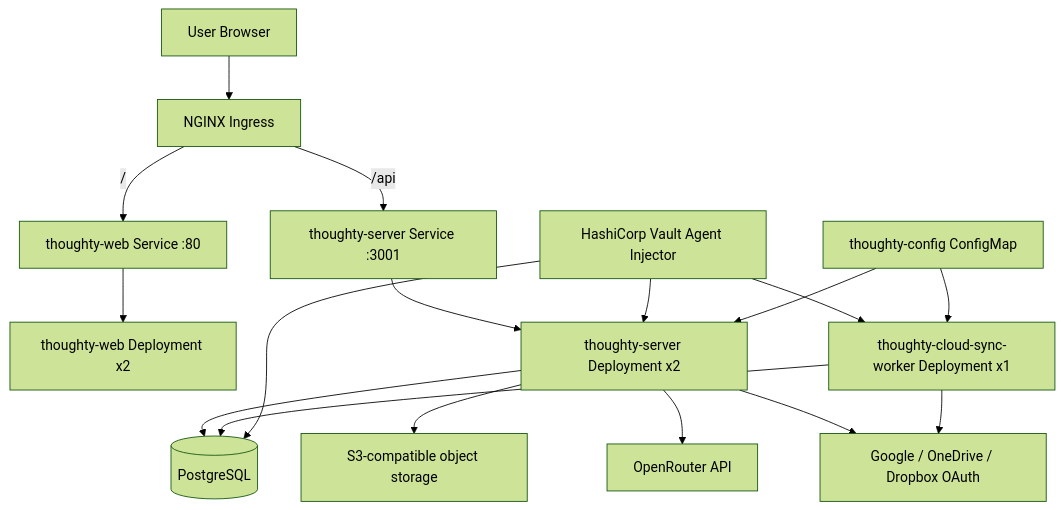
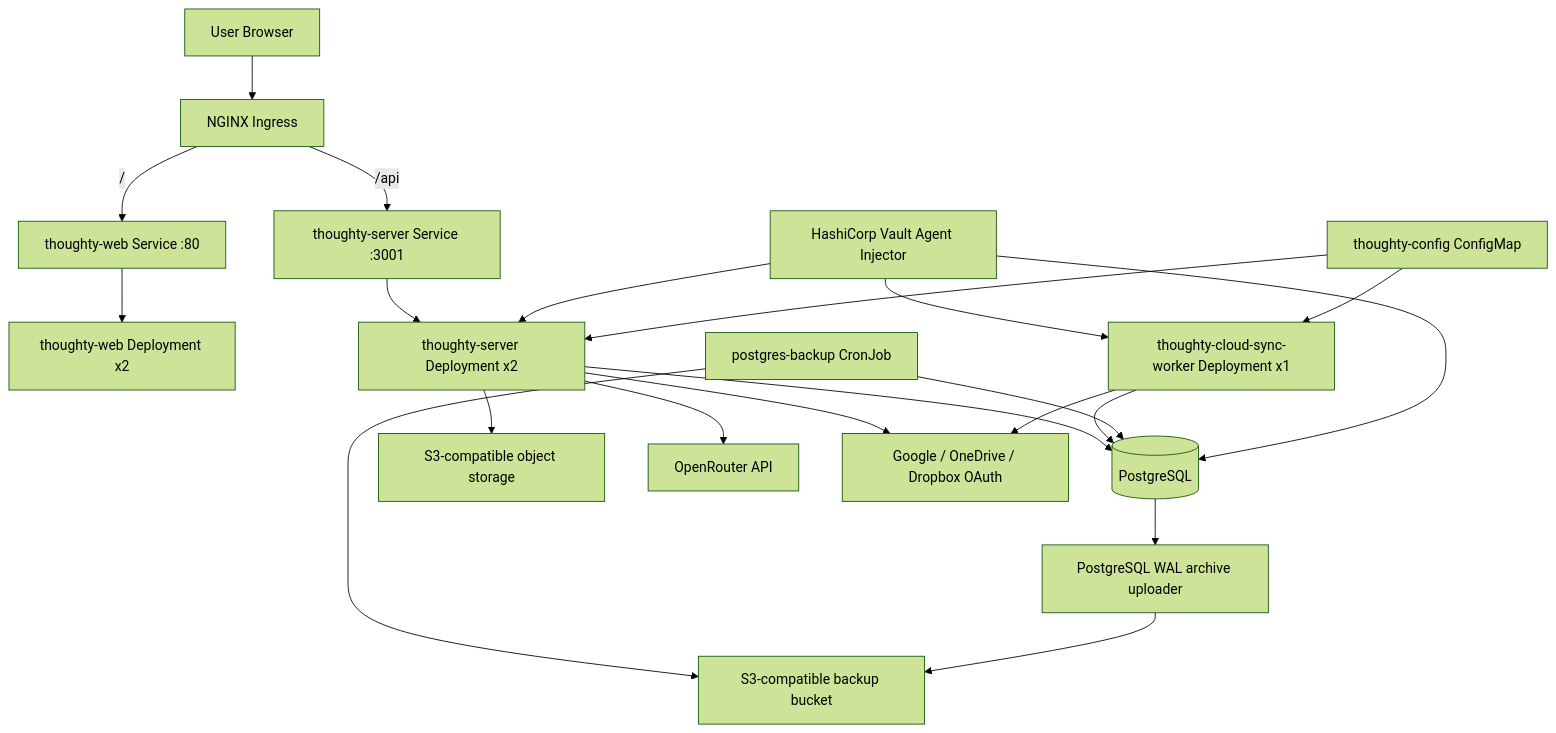
The first of 3 diagrams in docs/deployment.md (chefzaid/thoughty), drawn with Mermaid (forest theme) before and after one commit. The commit also changed other lines of this file and 6 other files, not shown here.

````diff
--- a/docs/deployment.md
+++ b/docs/deployment.md
@@ -14,23 +15,27 @@
 ```mermaid
 flowchart TD
     Internet[User Browser] --> Ingress[NGINX Ingress]
     Ingress -->|/| WebSvc[thoughty-web Service :80]
     Ingress -->|/api| ApiSvc[thoughty-server Service :3001]
 
     WebSvc --> WebPods[thoughty-web Deployment x2]
     ApiSvc --> ApiPods[thoughty-server Deployment x2]
 
     ApiPods --> Pg[(PostgreSQL)]
     Worker[thoughty-cloud-sync-worker Deployment x1] --> Pg
+    Backup[postgres-backup CronJob] --> Pg
 
     ApiPods --> S3[S3-compatible object storage]
+    Pg --> Wal[PostgreSQL WAL archive uploader]
+    Backup --> BackupS3[S3-compatible backup bucket]
+    Wal --> BackupS3
     ApiPods --> OpenRouter[OpenRouter API]
     ApiPods --> OAuth[Google / OneDrive / Dropbox OAuth]
     Worker --> OAuth
 
     Vault[HashiCorp Vault Agent Injector] --> ApiPods
     Vault --> Worker
     Vault --> Pg
     ConfigMap[thoughty-config ConfigMap] --> ApiPods
     ConfigMap --> Worker
 ```
````
